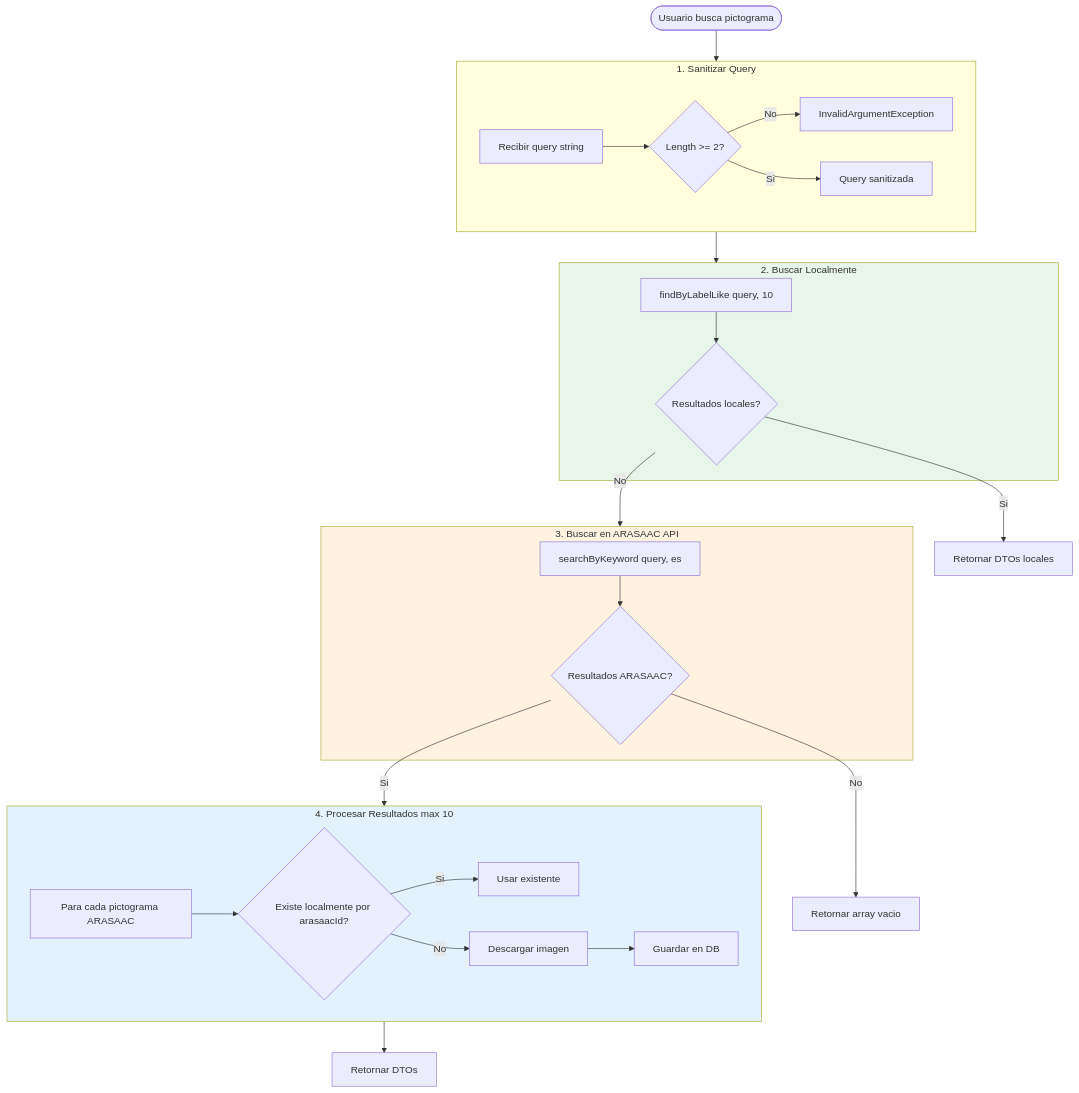
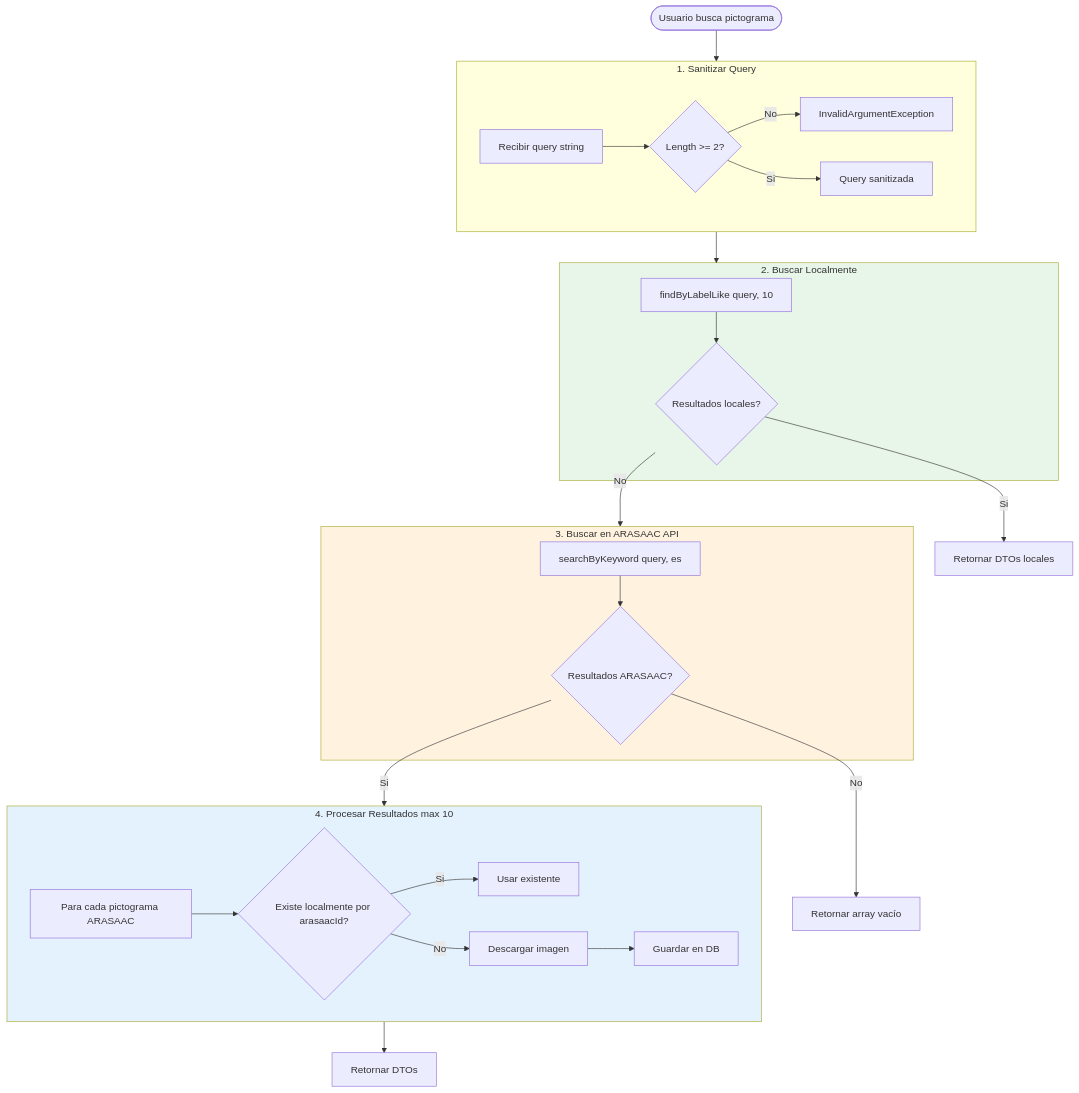
The sixth of 8 diagrams in docs/diagrams/application-layer.md (luismiglezmohino/HablaIA), drawn with Mermaid before and after one commit. The commit also changed 30 other files, not shown here.

````diff
--- a/docs/diagrams/application-layer.md
+++ b/docs/diagrams/application-layer.md
@@ -264,48 +264,48 @@
 ```mermaid
 flowchart TB
     Start([Usuario busca pictograma]) --> Sanitize
 
     subgraph Sanitize["1. Sanitizar Query"]
         S1[Recibir query string]
         S2{Length >= 2?}
         S1 --> S2
         S2 -->|No| ErrShort[InvalidArgumentException]
         S2 -->|Si| SanitizeOK[Query sanitizada]
     end
 
     Sanitize --> SearchLocal
 
     subgraph SearchLocal["2. Buscar Localmente"]
         L1[findByLabelLike query, 10]
         L2{Resultados locales?}
         L1 --> L2
     end
 
     L2 -->|Si| ReturnLocal[Retornar DTOs locales]
     L2 -->|No| SearchARASAAC
 
     subgraph SearchARASAAC["3. Buscar en ARASAAC API"]
         A1[searchByKeyword query, es]
         A2{Resultados ARASAAC?}
         A1 --> A2
     end
 
-    A2 -->|No| ReturnEmpty[Retornar array vacio]
+    A2 -->|No| ReturnEmpty[Retornar array vacío]
     A2 -->|Si| ProcessResults
 
     subgraph ProcessResults["4. Procesar Resultados max 10"]
         P1[Para cada pictograma ARASAAC]
         P2{Existe localmente por arasaacId?}
         P1 --> P2
         P2 -->|Si| UseExisting[Usar existente]
         P2 -->|No| Download
         Download[Descargar imagen]
         Download --> SaveDB[Guardar en DB]
     end
 
     ProcessResults --> ReturnMixed[Retornar DTOs]
 
     style SearchLocal fill:#e8f5e9
     style SearchARASAAC fill:#fff3e0
     style ProcessResults fill:#e3f2fd
 ```
````
